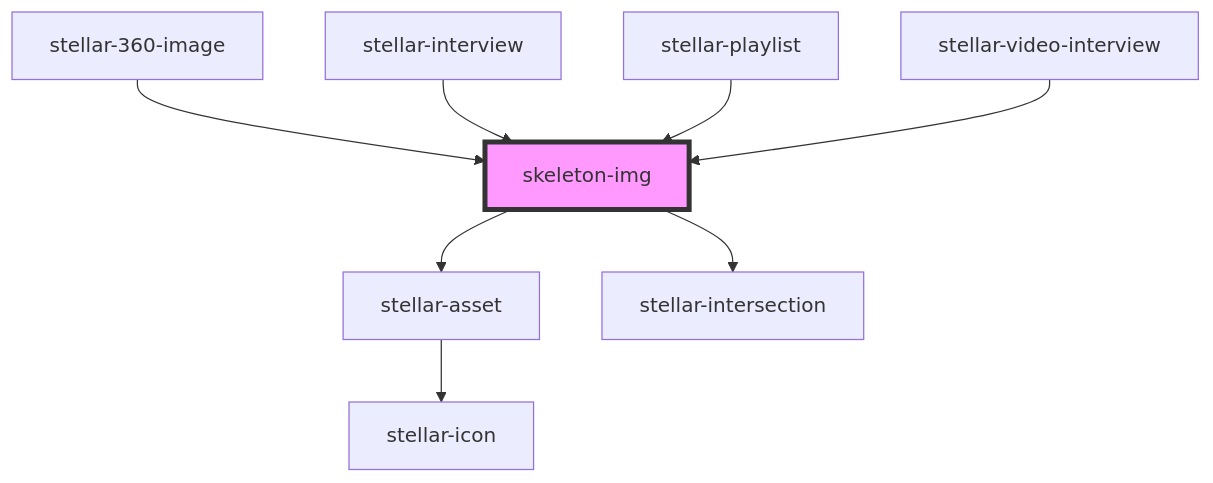
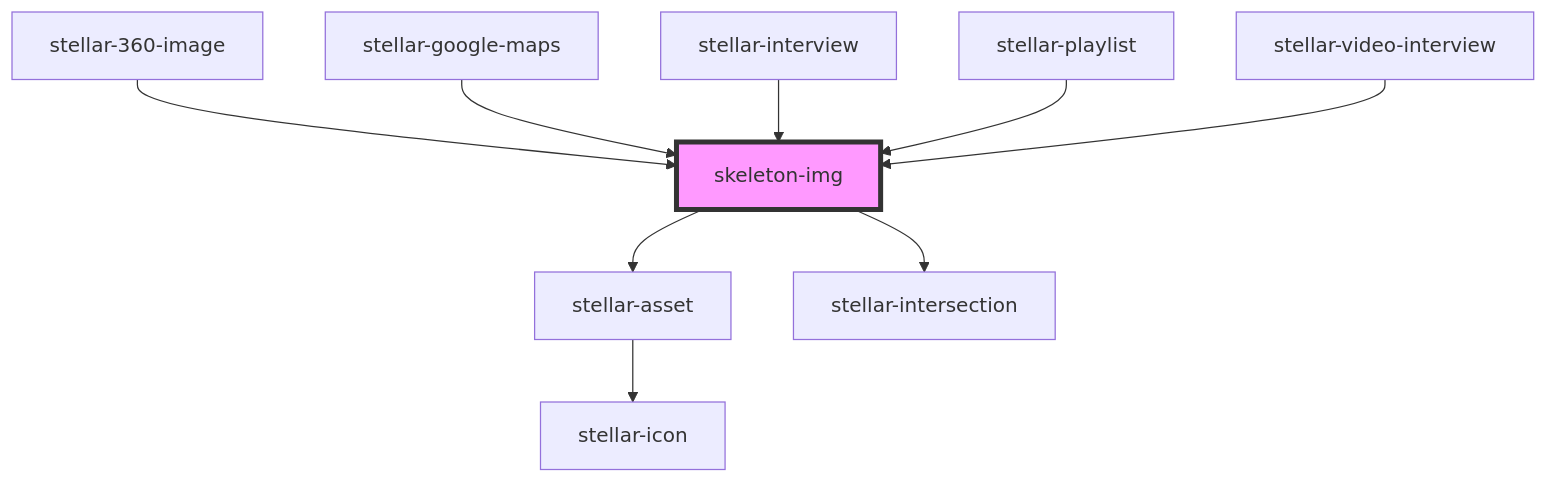
Before and after one commit to splitinfinities/Stellar: the diagram in src/components/media/skeleton-img/readme.md, drawn with Mermaid. The commit also changed other lines of this file and 23 other files, not shown here.

Commit message:
feat: adding google maps and support for themes

````diff
--- a/src/components/media/skeleton-img/readme.md
+++ b/src/components/media/skeleton-img/readme.md
@@ -66,11 +67,12 @@
 ```mermaid
 graph TD;
   skeleton-img --> stellar-asset
   skeleton-img --> stellar-intersection
   stellar-asset --> stellar-icon
   stellar-360-image --> skeleton-img
+  stellar-google-maps --> skeleton-img
   stellar-interview --> skeleton-img
   stellar-playlist --> skeleton-img
   stellar-video-interview --> skeleton-img
   style skeleton-img fill:#f9f,stroke:#333,stroke-width:4px
 ```
````
